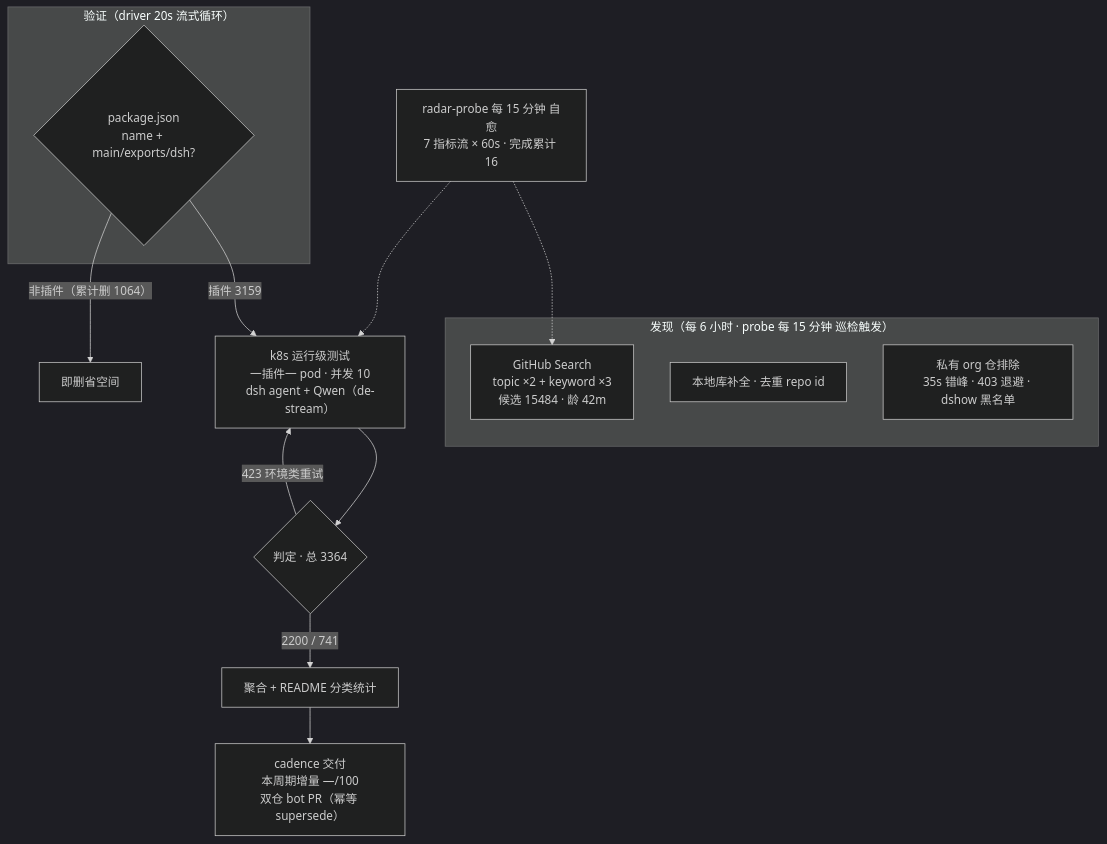
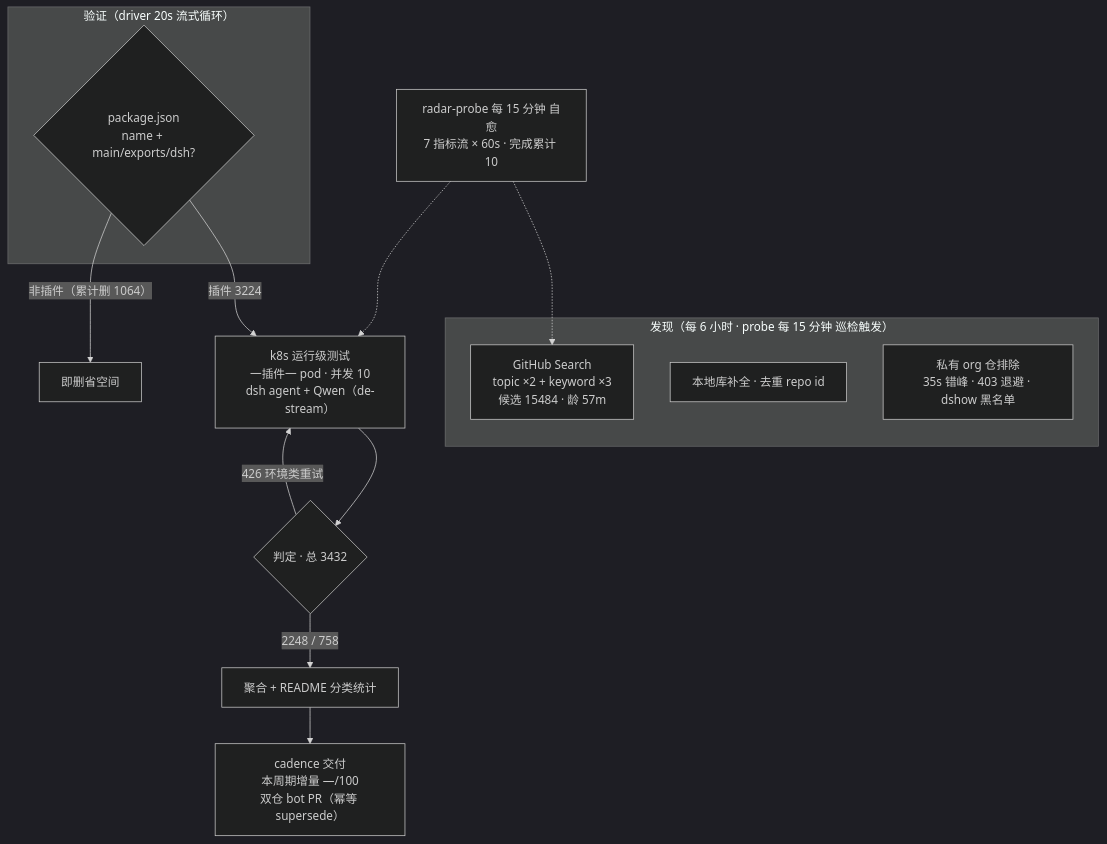
One commit to Zhidao-Lab-OSS/awesome-dsh-plugins changed the diagram in README.md. Above: the diagram before and after it, drawn with Mermaid (dark theme). The commit also changed other lines of this file and 1 other file, not shown here.

````diff
--- a/README.md
+++ b/README.md
@@ -37,20 +37,20 @@
 ```mermaid
 flowchart TB
     subgraph Discovery["发现（每 6 小时 · probe 每 15 分钟 巡检触发）"]
-        A1["GitHub Search<br/>topic ×2 + keyword ×3<br/>候选 15484 · 龄 42m"]
+        A1["GitHub Search<br/>topic ×2 + keyword ×3<br/>候选 15484 · 龄 57m"]
         A2["本地库补全 · 去重 repo id"]
         A3["私有 org 仓排除<br/>35s 错峰 · 403 退避 · dshow 黑名单"]
     end
     subgraph Validation["验证（driver 20s 流式循环）"]
         B1{"package.json<br/>name + main/exports/dsh?"}
     end
-    B1 -->|"插件 3159"| C1["k8s 运行级测试<br/>一插件一 pod · 并发 10<br/>dsh agent + Qwen（de-stream）"]
+    B1 -->|"插件 3224"| C1["k8s 运行级测试<br/>一插件一 pod · 并发 10<br/>dsh agent + Qwen（de-stream）"]
     B1 -->|"非插件（累计删 1064）"| B3["即删省空间"]
-    C1 --> D1{"判定 · 总 3364"}
-    D1 -->|"2200 / 741"| E1["聚合 + README 分类统计"]
-    D1 -->|"423 环境类重试"| C1
+    C1 --> D1{"判定 · 总 3432"}
+    D1 -->|"2248 / 758"| E1["聚合 + README 分类统计"]
+    D1 -->|"426 环境类重试"| C1
     E1 --> E2["cadence 交付<br/>本周期增量 —/100<br/>双仓 bot PR（幂等 supersede）"]
-    M["radar-probe 每 15 分钟 自愈<br/>7 指标流 × 60s · 完成累计 16"]
+    M["radar-probe 每 15 分钟 自愈<br/>7 指标流 × 60s · 完成累计 10"]
     M -.-> A1
     M -.-> C1
 ```
````
